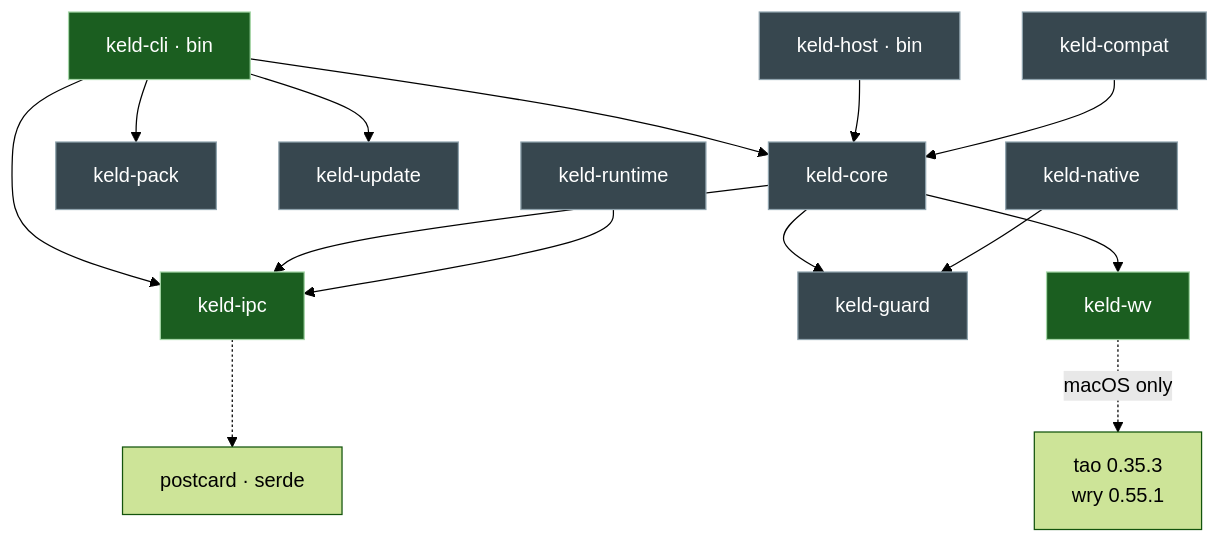
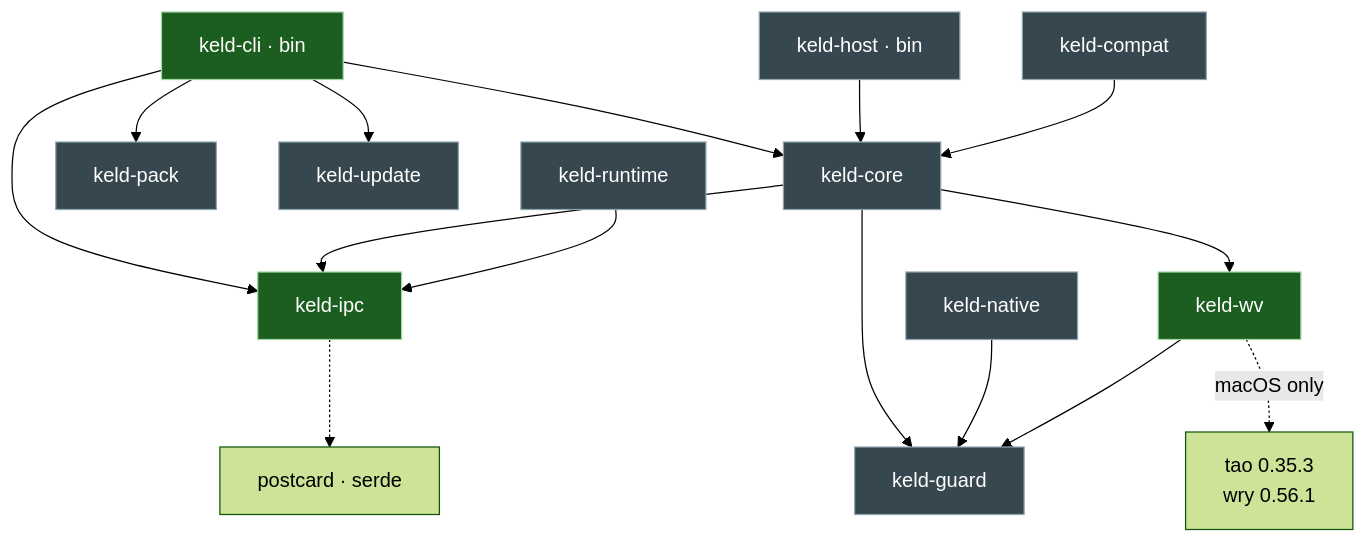
One commit to gyldlab/keld changed the third of 3 diagrams in docs/onboarding/02-architecture-guide.md. Above: the diagram before and after it, drawn with Mermaid (forest theme). The commit also changed other lines of this file and 15 other files, not shown here.

````diff
--- a/docs/onboarding/02-architecture-guide.md
+++ b/docs/onboarding/02-architecture-guide.md
@@ -306,21 +306,22 @@
 ```mermaid
 flowchart TD
     cli[keld-cli · bin] --> core
     cli --> ipc
     cli --> pack[keld-pack]
     cli --> update[keld-update]
     host[keld-host · bin] --> core
     compat[keld-compat] --> core
     core[keld-core] --> ipc[keld-ipc]
     core --> guard[keld-guard]
     core --> wv[keld-wv]
     native[keld-native] --> guard
     runtime[keld-runtime] --> ipc
-    wv -.->|macOS only| ext["tao 0.35.3<br/>wry 0.55.1"]
+    wv --> guard
+    wv -.->|macOS only| ext["tao 0.35.3<br/>wry 0.56.1"]
     ipc -.-> pc["postcard · serde"]
 
     classDef live fill:#1b5e20,stroke:#a5d6a7,color:#fff
     classDef skel fill:#37474f,stroke:#90a4ae,color:#fff
     class ipc,wv,cli live
     class core,guard,native,runtime,update,pack,compat,host skel
 ```
````
